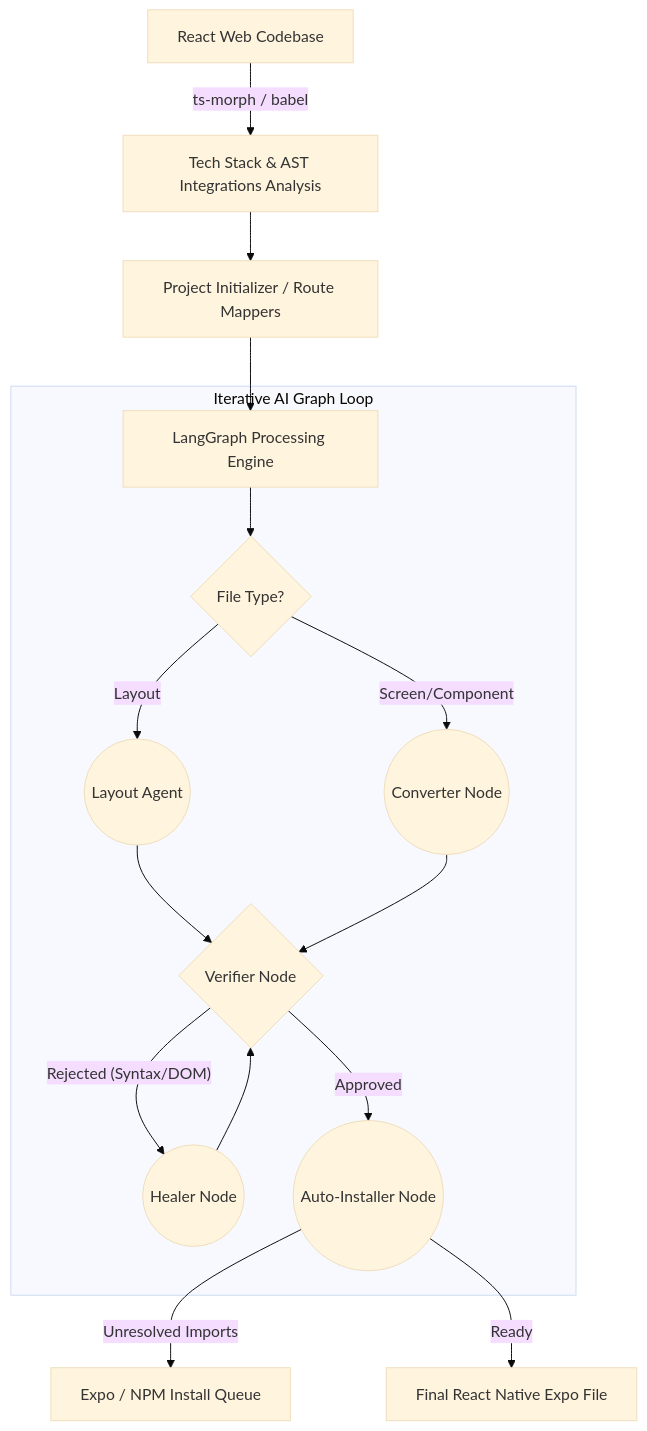
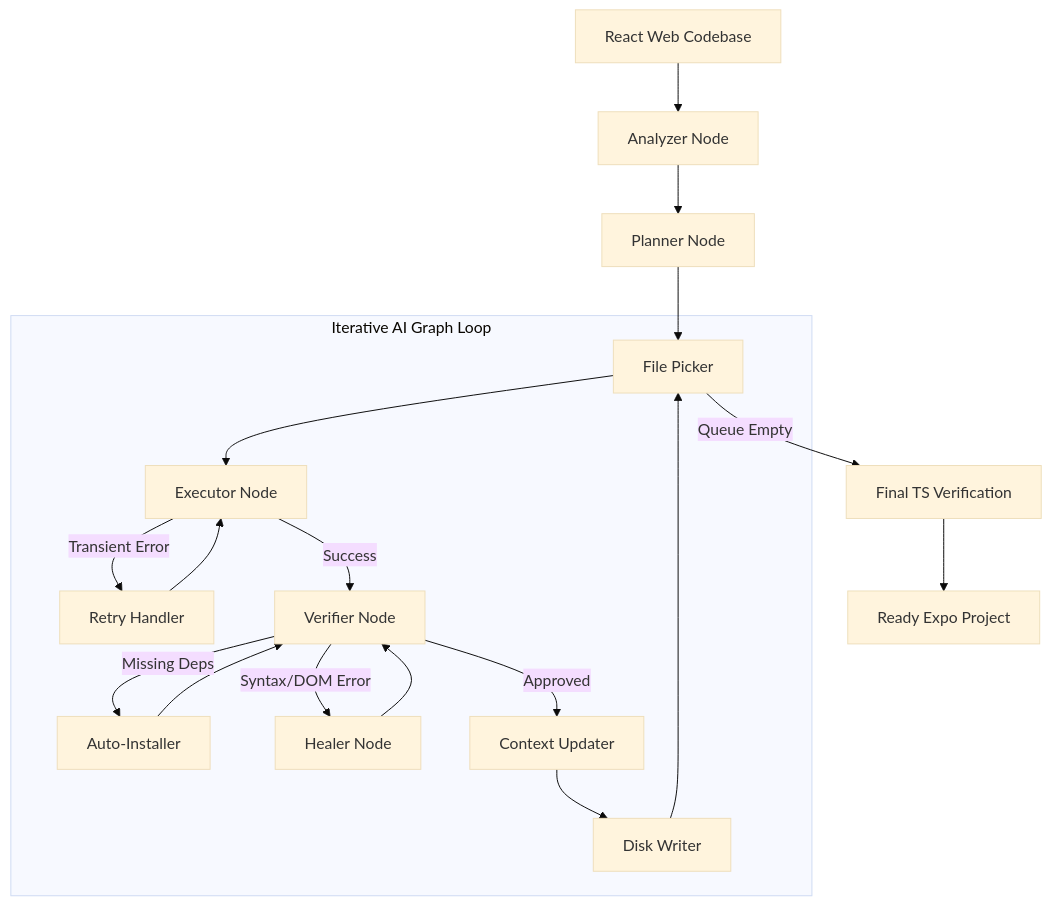
The diagram in README.md (Husam-Abdulraheem/retransify), drawn with Mermaid (base theme) before and after one commit. The commit also changed other lines of this file, not shown here.

Commit message:
docs: update README with accurate architecture, new features, and doctor command

````diff
--- a/README.md
+++ b/README.md
@@ -70,20 +72,23 @@
 ```mermaid
 graph TD;
-    A[React Web Codebase] -->|ts-morph / babel| B[Tech Stack & AST Integrations Analysis];
-    B --> C[Project Initializer / Route Mappers];
-    C --> D[LangGraph Processing Engine];
+    A[React Web Codebase] --> B[Analyzer Node];
+    B --> C[Planner Node];
+    C --> D[File Picker];
 
     subgraph Iterative AI Graph Loop
-    D --> E{File Type?};
-    E -- "Layout" --> L((Layout Agent));
-    E -- "Screen/Component" --> C1((Converter Node));
-    L --> F{Verifier Node};
-    C1 --> F;
-    F -- "Rejected (Syntax/DOM)" --> G((Healer Node));
+    D --> E[Executor Node];
+    E -- "Transient Error" --> R[Retry Handler];
+    R --> E;
+    E -- "Success" --> F[Verifier Node];
+    F -- "Missing Deps" --> G[Auto-Installer];
     G --> F;
-    F -- "Approved" --> H((Auto-Installer Node));
+    F -- "Syntax/DOM Error" --> H[Healer Node];
+    H --> F;
+    F -- "Approved" --> I[Context Updater];
+    I --> J[Disk Writer];
+    J --> D;
     end
 
-    H -- "Unresolved Imports" --> I[Expo / NPM Install Queue];
-    H -- "Ready" --> J[Final React Native Expo File];
+    D -- "Queue Empty" --> K[Final TS Verification];
+    K --> L[Ready Expo Project];
 ```
````
